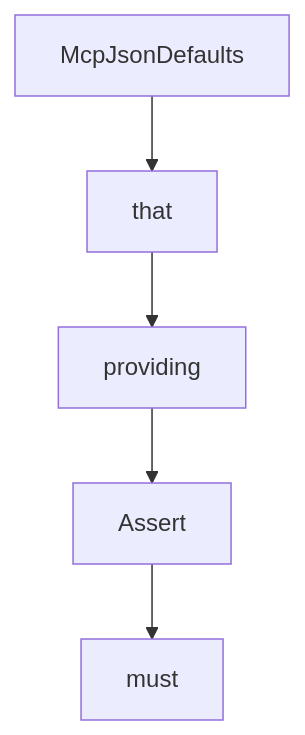
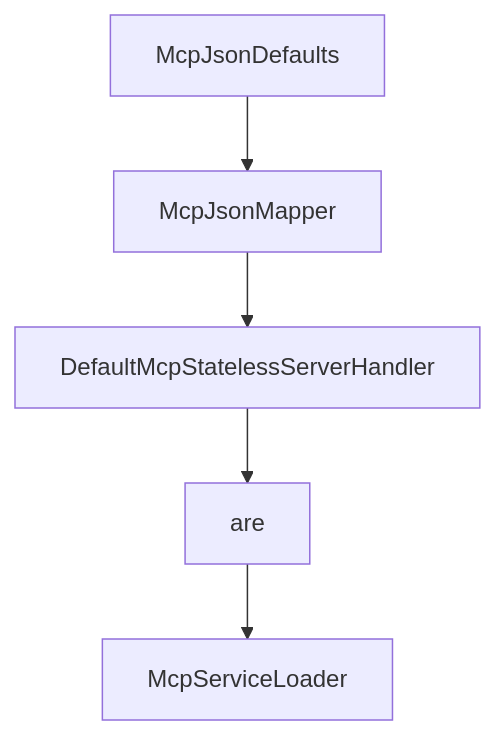
The diagram in tutorials/mcp-java-sdk-tutorial/08-spring-integration-and-upgrade-strategy.md (johnxie/awesome-code-docs), drawn with Mermaid before and after one commit. The commit also changed other lines of this file and 1232 other files, not shown here.

````diff
--- a/tutorials/mcp-java-sdk-tutorial/08-spring-integration-and-upgrade-strategy.md
+++ b/tutorials/mcp-java-sdk-tutorial/08-spring-integration-and-upgrade-strategy.md
@@ -214,12 +212,12 @@
 ```mermaid
 flowchart TD
     A[McpJsonDefaults]
-    B[that]
-    C[providing]
-    D[Assert]
-    E[must]
+    B[McpJsonMapper]
+    C[DefaultMcpStatelessServerHandler]
+    D[are]
+    E[McpServiceLoader]
     A --> B
     B --> C
     C --> D
     D --> E
 ```
````
